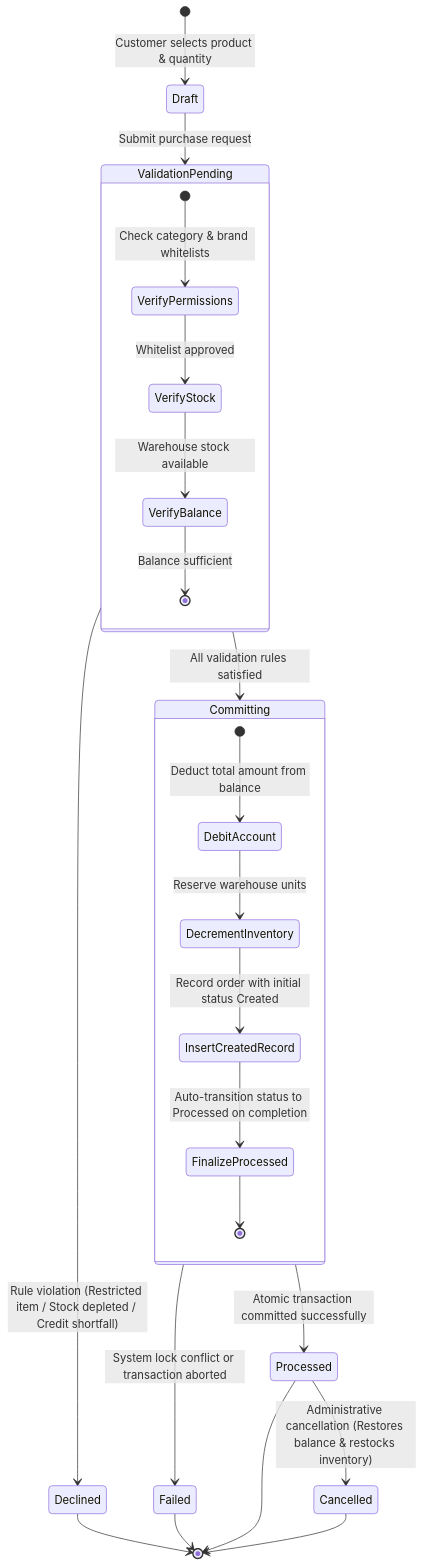
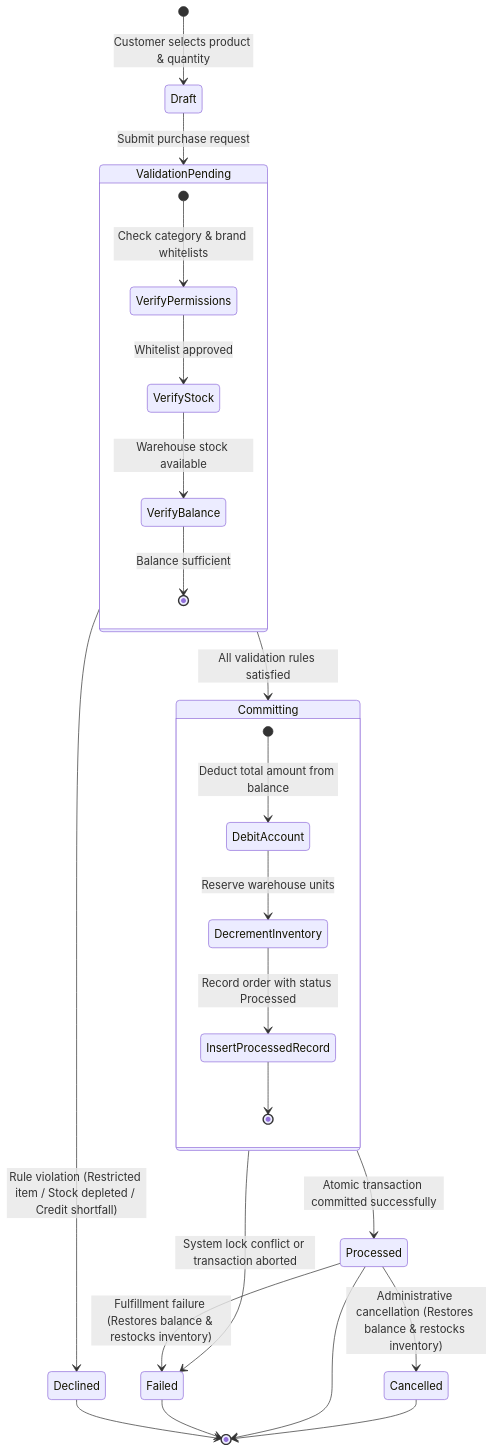
The fourth of 4 diagrams in specs/CLIENT_SPEC.md (altregubov/warehouse-rest-test-app), drawn with Mermaid before and after one commit. The commit also changed other lines of this file and 11 other files, not shown here.

First line of the commit message:
refactor: restrict order statuses to PROCESSED, CANCELLED, and FAILED

````diff
--- a/specs/CLIENT_SPEC.md
+++ b/specs/CLIENT_SPEC.md
@@ -215,35 +215,35 @@
 ```mermaid
 stateDiagram-v2
     [*] --> Draft : Customer selects product & quantity
     
     Draft --> ValidationPending : Submit purchase request
 
     state ValidationPending {
         [*] --> VerifyPermissions : Check category & brand whitelists
         VerifyPermissions --> VerifyStock : Whitelist approved
         VerifyStock --> VerifyBalance : Warehouse stock available
         VerifyBalance --> [*] : Balance sufficient
     }
 
     ValidationPending --> Declined : Rule violation (Restricted item / Stock depleted / Credit shortfall)
     
     ValidationPending --> Committing : All validation rules satisfied
     
     state Committing {
         [*] --> DebitAccount : Deduct total amount from balance
         DebitAccount --> DecrementInventory : Reserve warehouse units
-        DecrementInventory --> InsertCreatedRecord : Record order with initial status Created
-        InsertCreatedRecord --> FinalizeProcessed : Auto-transition status to Processed on completion
-        FinalizeProcessed --> [*]
+        DecrementInventory --> InsertProcessedRecord : Record order with status Processed
+        InsertProcessedRecord --> [*]
     }
 
     Committing --> Processed : Atomic transaction committed successfully
     Committing --> Failed : System lock conflict or transaction aborted
 
     Processed --> Cancelled : Administrative cancellation (Restores balance & restocks inventory)
+    Processed --> Failed : Fulfillment failure (Restores balance & restocks inventory)
 
     Declined --> [*]
     Failed --> [*]
     Processed --> [*]
     Cancelled --> [*]
 ```
````
